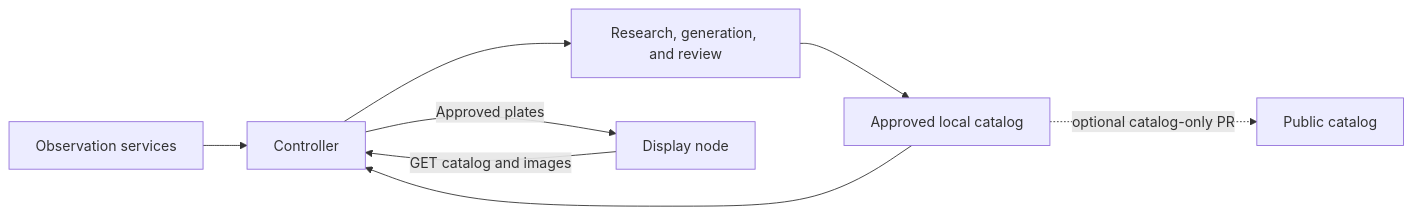
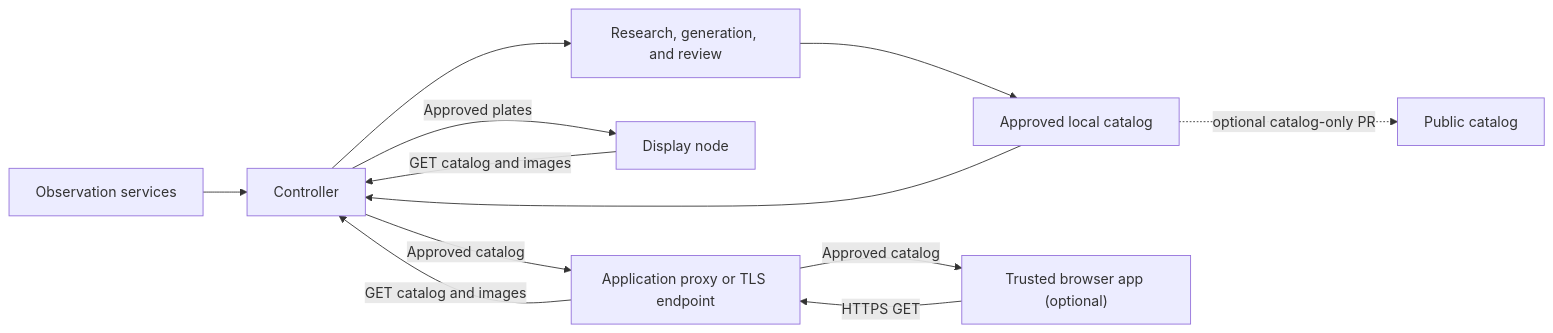
One commit to veteranbv/inky-bird-frame changed the diagram in docs/architecture.md. Above: the diagram before and after it, drawn with Mermaid. The commit also changed other lines of this file and 6 other files, not shown here.

First line of the commit message:
Document trusted browser clients (#248)

````diff
--- a/docs/architecture.md
+++ b/docs/architecture.md
@@ -7,10 +9,14 @@
 ```mermaid
 flowchart LR
     S["Observation services"] --> C["Controller"]
     C --> R["Research, generation, and review"]
     R --> A["Approved local catalog"]
     A --> C
     D["Display node"] -- "GET catalog and images" --> C
     C -- "Approved plates" --> D
+    B["Trusted browser app (optional)"] -- "HTTPS GET" --> X["Application proxy or TLS endpoint"]
+    X -- "GET catalog and images" --> C
+    C -- "Approved catalog" --> X
+    X -- "Approved catalog" --> B
     A -. "optional catalog-only PR" .-> P["Public catalog"]
 ```
````
